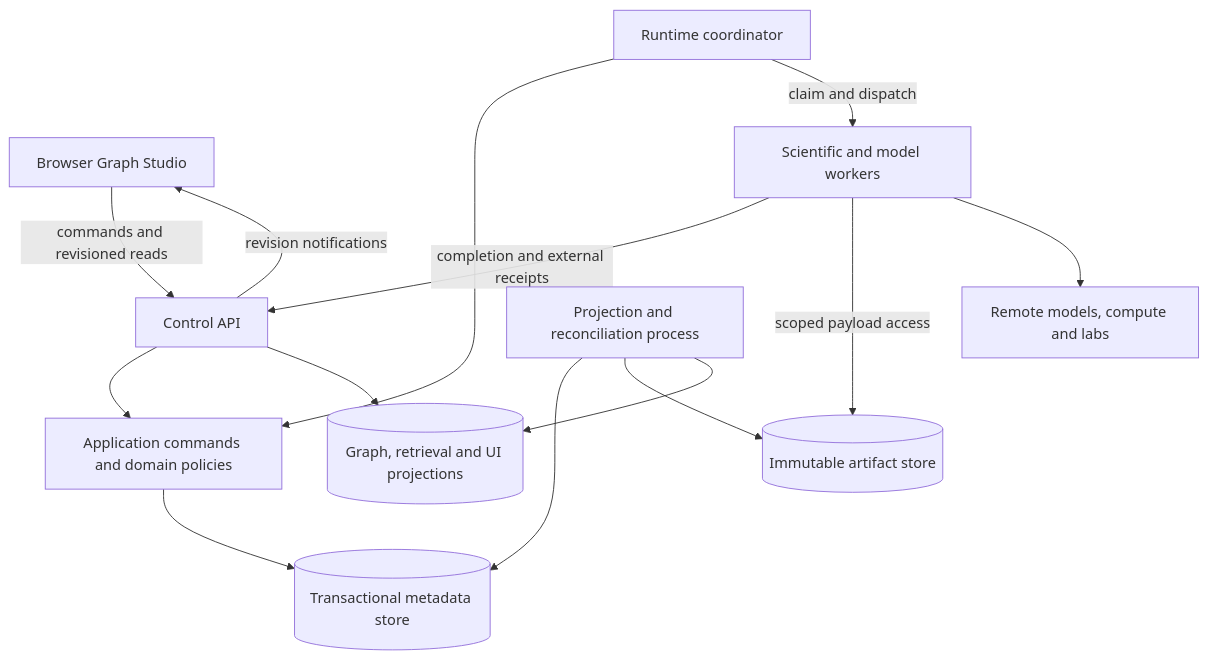
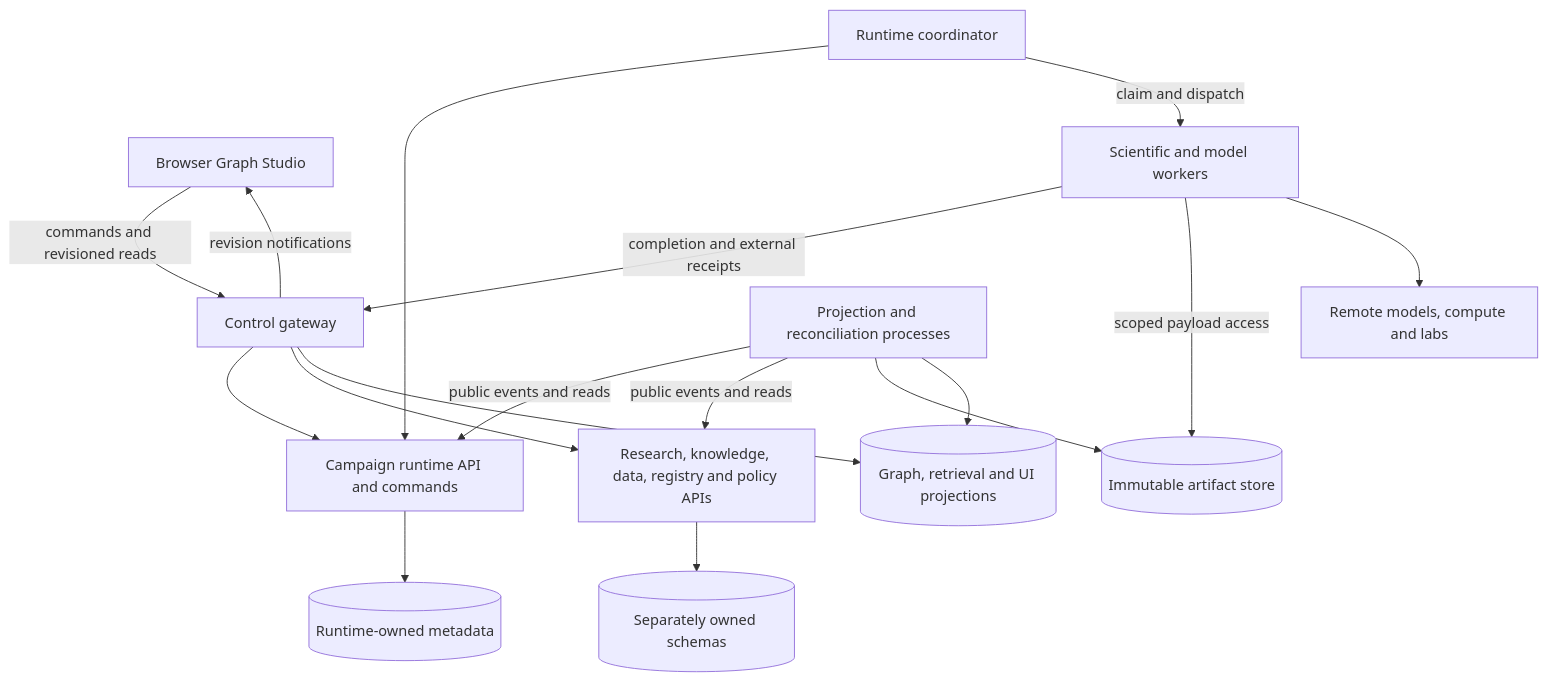
Before and after one commit to neverhuman/mvp20-split: the diagram in v2/docs/Architecture/System/Runtime_Topology.md, drawn with Mermaid. The commit also changed other lines of this file and 333 other files, not shown here.

Commit message:
Establish v2 architecture and verified artifact publication and retention foundation

````diff
--- a/v2/docs/Architecture/System/Runtime_Topology.md
+++ b/v2/docs/Architecture/System/Runtime_Topology.md
@@ -11,16 +11,19 @@
 ```mermaid
 flowchart TB
-    UI[Browser Graph Studio] -->|commands and revisioned reads| API[Control API]
-    API --> APP[Application commands and domain policies]
-    APP --> DB[(Transactional metadata store)]
+    UI[Browser Graph Studio] -->|commands and revisioned reads| API[Control gateway]
+    API --> APP[Campaign runtime API and commands]
+    APP --> DB[(Runtime-owned metadata)]
+    API --> OWN[Research, knowledge, data, registry and policy APIs]
+    OWN --> OD[(Separately owned schemas)]
     CO[Runtime coordinator] --> APP
     CO -->|claim and dispatch| WP[Scientific and model workers]
     WP -->|completion and external receipts| API
     WP -->|scoped payload access| ART[(Immutable artifact store)]
     WP --> EXT[Remote models, compute and labs]
-    BG[Projection and reconciliation process] --> DB
+    BG[Projection and reconciliation processes] -->|public events and reads| APP
+    BG -->|public events and reads| OWN
     BG --> ART
     BG --> IDX[(Graph, retrieval and UI projections)]
     API --> IDX
     API -->|revision notifications| UI
 ```
````
